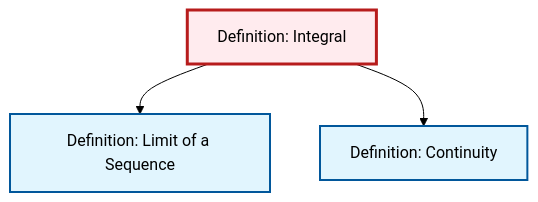
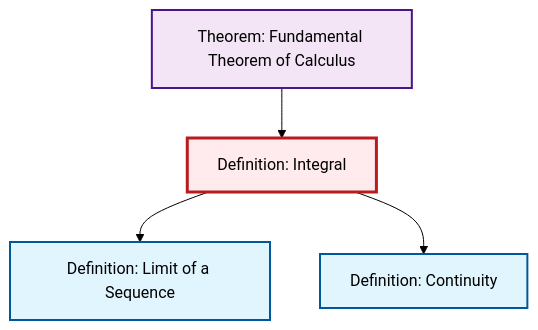
The diagram in content/en/analysis/def-integral.qmd (RK0429/ModernMath), drawn with Mermaid (forest theme) before and after one commit. The commit also changed 531 other files, not shown here.

````diff
--- a/content/en/analysis/def-integral.qmd
+++ b/content/en/analysis/def-integral.qmd
@@ -81,17 +81,20 @@
 ```{mermaid}
 %%| fig-cap: "Local dependency graph"
 graph TD
     classDef definition fill:#e1f5fe,stroke:#01579b,stroke-width:2px
     classDef theorem fill:#f3e5f5,stroke:#4a148c,stroke-width:2px
     classDef axiom fill:#fff3e0,stroke:#e65100,stroke-width:2px
     classDef example fill:#e8f5e9,stroke:#1b5e20,stroke-width:2px
     classDef current fill:#ffebee,stroke:#b71c1c,stroke-width:3px
-    def-integral["Definition: Integral"]:::definition
     def-limit["Definition: Limit of a Sequence"]:::definition
     def-continuity["Definition: Continuity"]:::definition
+    def-integral["Definition: Integral"]:::definition
+    thm-fundamental-calculus["Theorem: Fundamental Theorem of Calculus"]:::theorem
     def-integral --> def-limit
+    thm-fundamental-calculus --> def-integral
     def-integral --> def-continuity
     class def-integral current
     click def-limit "def-limit.html" "Go to Limit of a Sequence definition"
     click def-continuity "def-continuity.html" "Go to Continuity definition"
+    click thm-fundamental-calculus "thm-fundamental-calculus.html" "Go to Fundamental Theorem of Calculus theorem"
 ```
````
